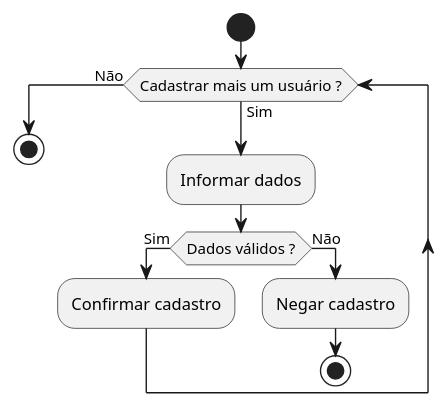
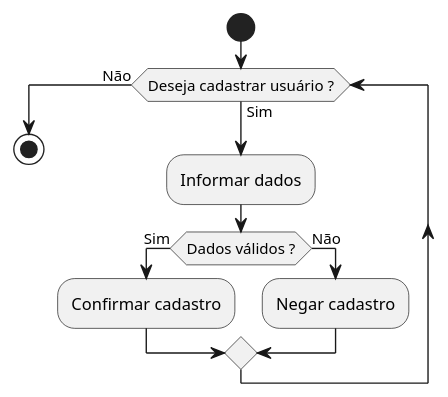
Before and after one commit to victoralvess/ineed-uml-diagrams: the diagram in activity/cadastrar-usuario.wsd, drawn with PlantUML. The commit also changed 34 other files, not shown here.

```diff
--- a/activity/cadastrar-usuario.wsd
+++ b/activity/cadastrar-usuario.wsd
@@ -1,13 +1,12 @@
 @startuml
 start
-while (Cadastrar mais um usuário ?) is (Sim)
-   :Informar dados;
+while (Deseja cadastrar usuário ?) is (Sim)
+    :Informar dados;
     if (Dados válidos ?) then (Sim)
-    :Confirmar cadastro;
+        :Confirmar cadastro;
     else (Não)
-    :Negar cadastro;
+        :Negar cadastro;
+    endif
+    endwhile (Não)
     stop
-    endif
-endwhile (Não) 
-stop     
-@enduml
+    @enduml
```
